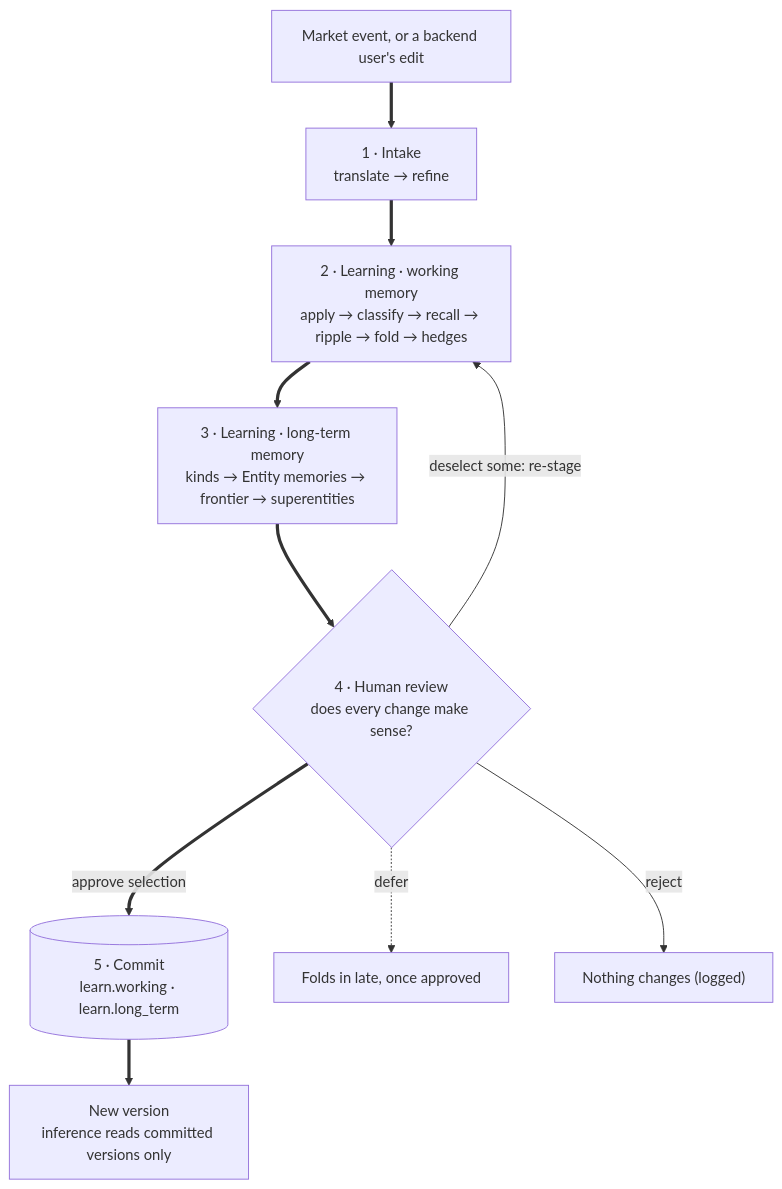
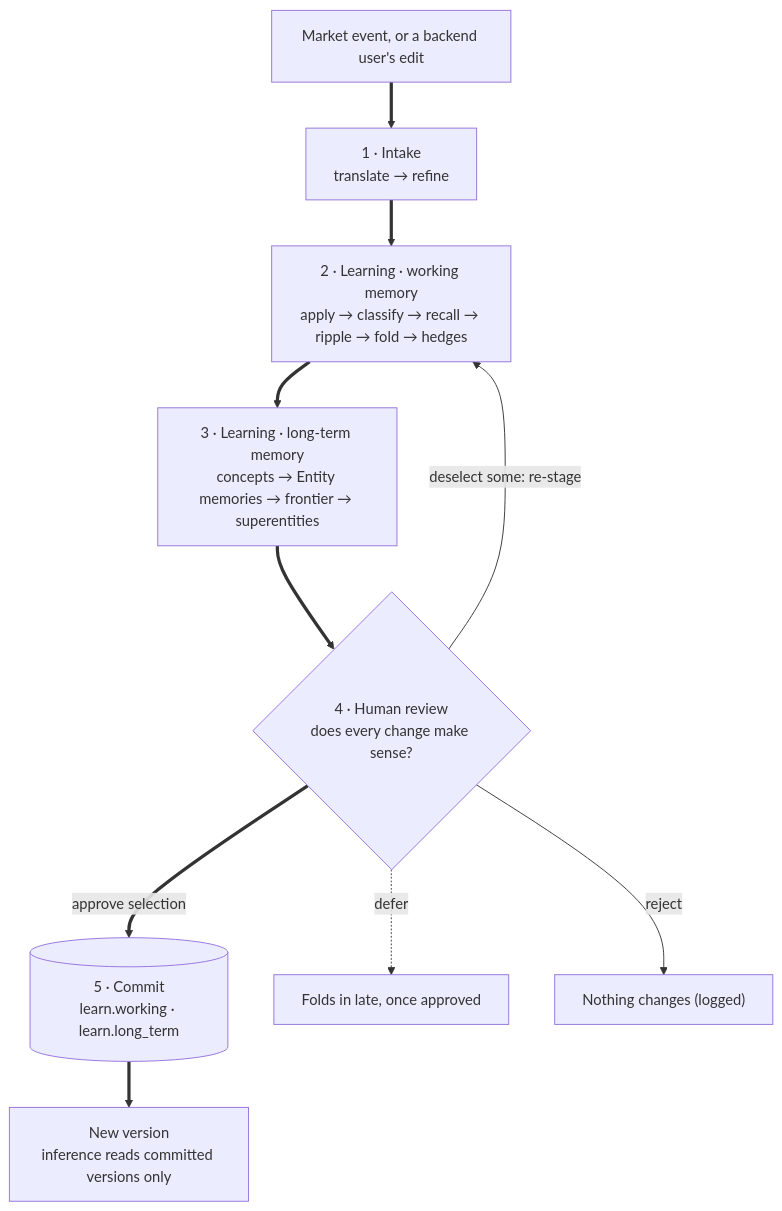
One commit to Axelrod-AI-Engineering/world-model changed the diagram in docs/design/diagrams/learning-stages.mmd. Above: the diagram before and after it, drawn with Mermaid. The commit also changed 59 other files, not shown here.

```diff
--- a/docs/design/diagrams/learning-stages.mmd
+++ b/docs/design/diagrams/learning-stages.mmd
@@ -1,10 +1,10 @@
 flowchart TD
   A["Market event, or a backend user's edit"]:::start ==> I["1 · Intake<br/>translate → refine"]:::step
   I ==> W["2 · Learning · working memory<br/>apply → classify → recall → ripple → fold → hedges"]:::wm
-  W ==> L["3 · Learning · long-term memory<br/>kinds → Entity memories → frontier → superentities"]:::ltm
+  W ==> L["3 · Learning · long-term memory<br/>concepts → Entity memories → frontier → superentities"]:::ltm
   L ==> R{"4 · Human review<br/>does every change make sense?"}:::check
   R ==>|approve selection| C[("5 · Commit<br/>learn.working · learn.long_term")]:::store
   C ==> V["New version<br/>inference reads committed versions only"]:::done
   R -->|deselect some: re-stage| W
   R -.->|defer| Q["Folds in late, once approved"]:::opt
   R -->|reject| X["Nothing changes (logged)"]:::done
```
